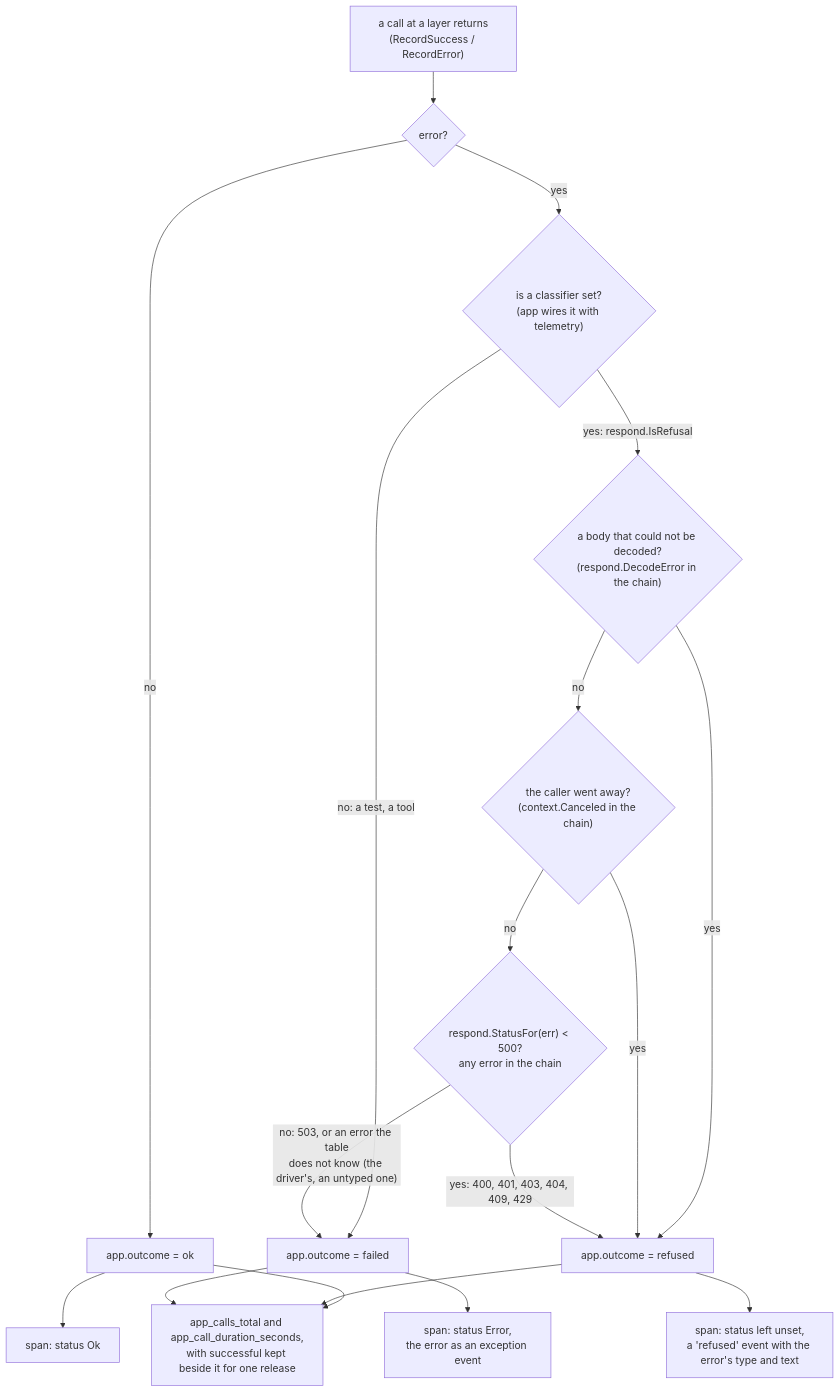
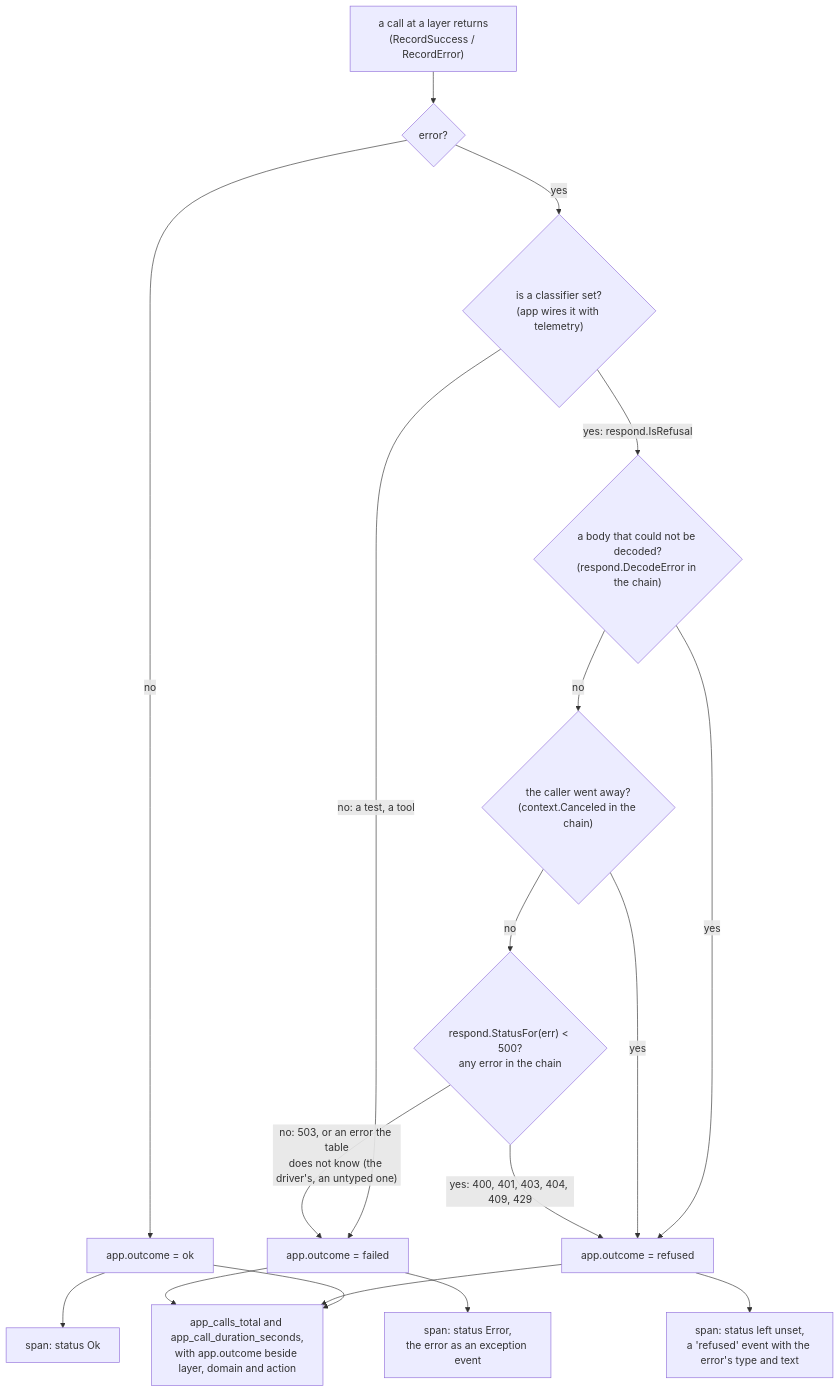
Before and after one commit to slashdevops/go-rest-api-service-template: the second of 7 diagrams in docs/architecture/observability.md, drawn with Mermaid. The commit also changed other lines of this file and 8 other files, not shown here.

````diff
--- a/docs/architecture/observability.md
+++ b/docs/architecture/observability.md
@@ -121,20 +121,20 @@
 ```mermaid
 flowchart TD
     C["a call at a layer returns<br/>(RecordSuccess / RecordError)"] --> E{error?}
     E -- no --> OK["app.outcome = ok"]
     E -- yes --> S{"is a classifier set?<br/>(app wires it with telemetry)"}
     S -- "no: a test, a tool" --> F["app.outcome = failed"]
     S -- "yes: respond.IsRefusal" --> D{"a body that could not be decoded?<br/>(respond.DecodeError in the chain)"}
     D -- yes --> R["app.outcome = refused"]
     D -- no --> G{"the caller went away?<br/>(context.Canceled in the chain)"}
     G -- yes --> R
     G -- no --> T{"respond.StatusFor(err) < 500?<br/>any error in the chain"}
     T -- "yes: 400, 401, 403, 404, 409, 429" --> R
     T -- "no: 503, or an error the table<br/>does not know (the driver's, an untyped one)" --> F
-    OK --> M["app_calls_total and app_call_duration_seconds,<br/>with successful kept beside it for one release"]
+    OK --> M["app_calls_total and app_call_duration_seconds,<br/>with app.outcome beside layer, domain and action"]
     R --> M
     F --> M
     OK --> SO["span: status Ok"]
     R --> SR["span: status left unset,<br/>a 'refused' event with the error's type and text"]
     F --> SF["span: status Error,<br/>the error as an exception event"]
 ```
````
